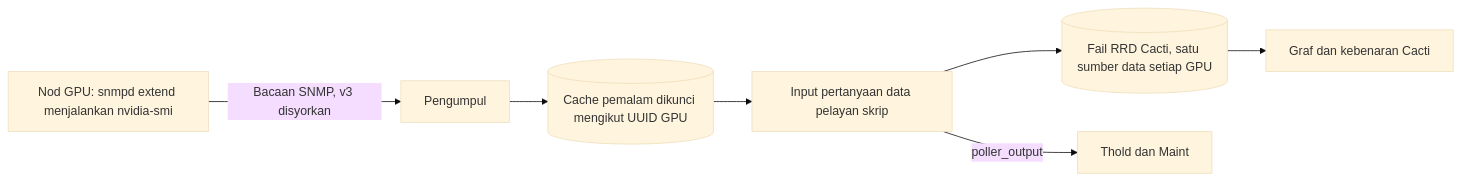
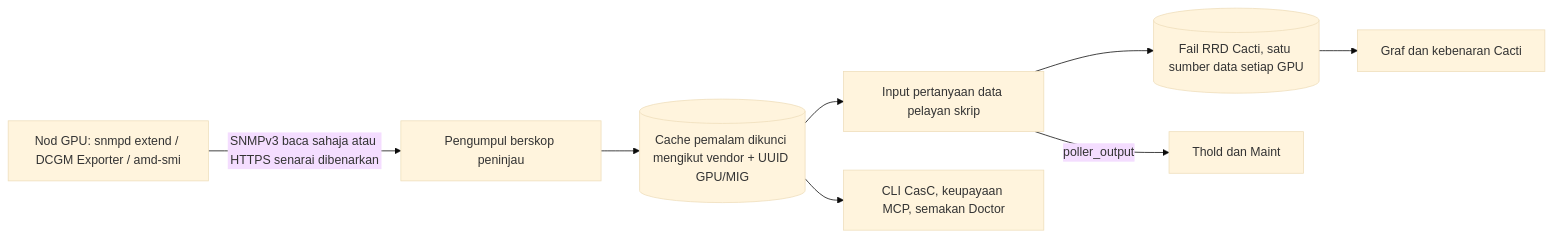
Before and after one commit to somethingwithproof/plugin_gpu: the diagram in docs/i18n/ms-MY/README.md, drawn with Mermaid (base theme). The commit also changed other lines of this file and 47 other files, not shown here.

````diff
--- a/docs/i18n/ms-MY/README.md
+++ b/docs/i18n/ms-MY/README.md
@@ -114,9 +114,10 @@
 ```mermaid
 flowchart LR
-    NODE[Nod GPU: snmpd extend menjalankan nvidia-smi] -->|Bacaan SNMP, v3 disyorkan| C[Pengumpul]
-    C --> CACHE[(Cache pemalam dikunci mengikut UUID GPU)]
+    NODE["Nod GPU: snmpd extend / DCGM Exporter / amd-smi"] -->|SNMPv3 baca sahaja atau HTTPS senarai dibenarkan| C[Pengumpul berskop peninjau]
+    C --> CACHE[(Cache pemalam dikunci mengikut vendor + UUID GPU/MIG)]
     CACHE --> SS[Input pertanyaan data pelayan skrip]
+    CACHE --> ECO[CLI CasC, keupayaan MCP, semakan Doctor]
     SS --> RRD[(Fail RRD Cacti, satu sumber data setiap GPU)]
     SS -->|poller_output| T[Thold dan Maint]
     RRD --> G[Graf dan kebenaran Cacti]
 ```
````
